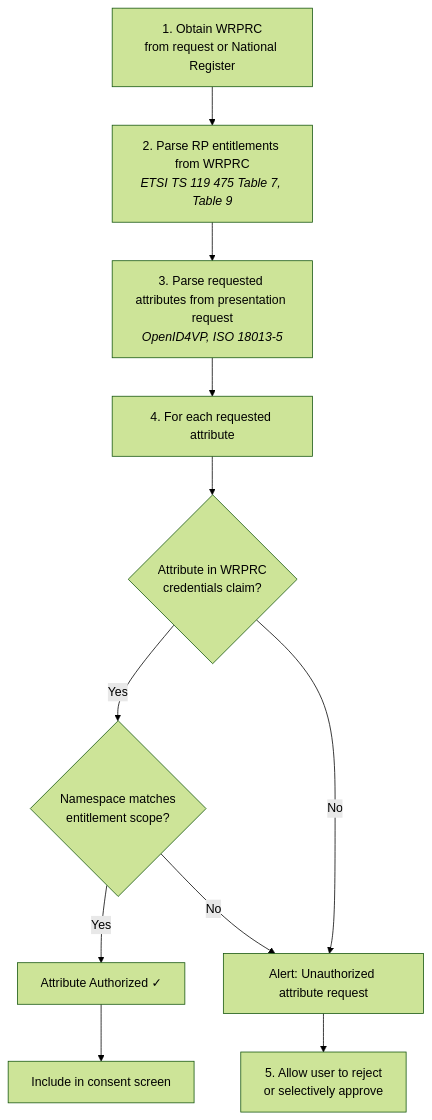
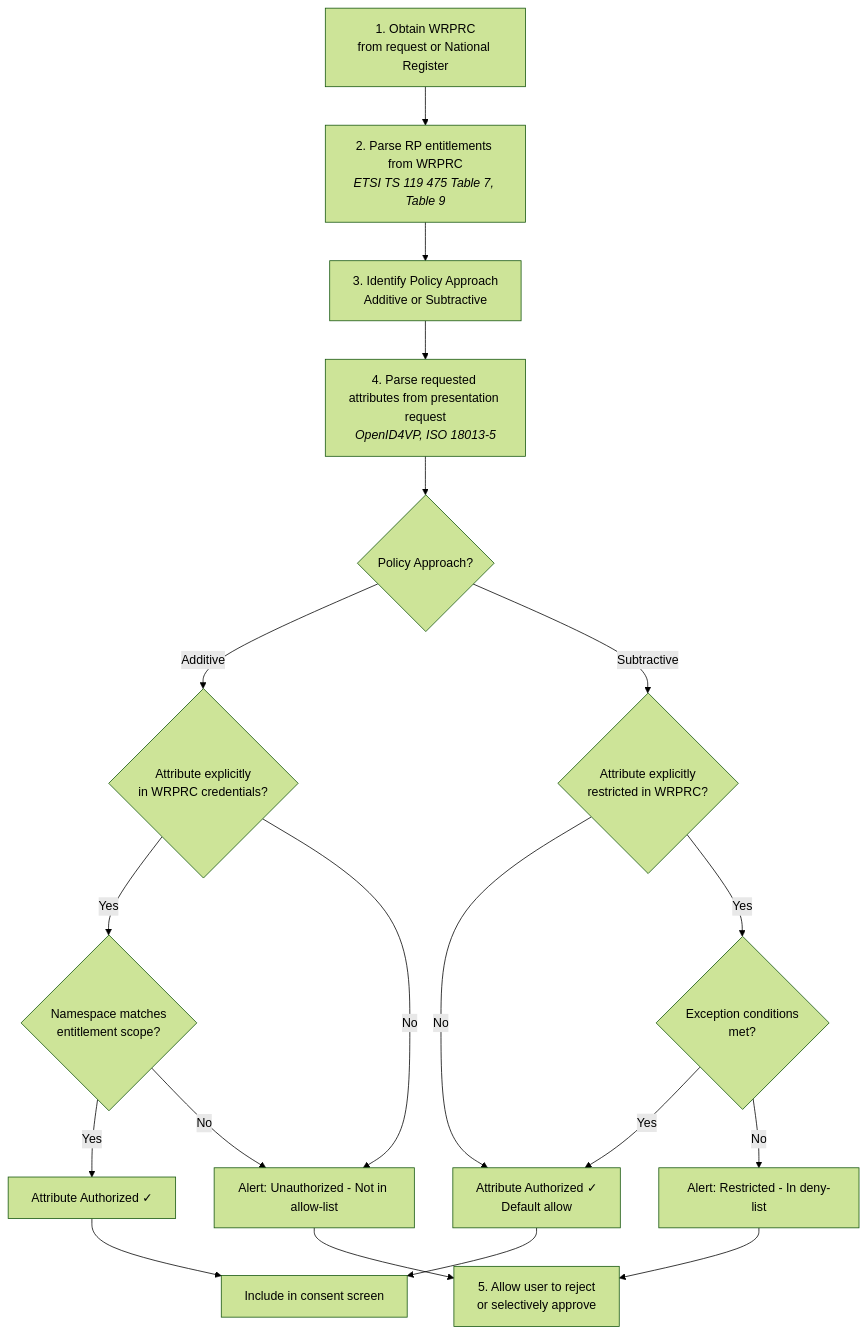
One commit to webuild-consortium/wp4-trust-group changed the tenth of 11 diagrams in task2-trust-framework/wallet-policy-discovery.md. Above: the diagram before and after it, drawn with Mermaid (forest theme). The commit also changed other lines of this file, not shown here.

Commit message:
fix: policy discovery updated according to ETSI TS 119 602 V1.1.1

````diff
--- a/task2-trust-framework/wallet-policy-discovery.md
+++ b/task2-trust-framework/wallet-policy-discovery.md
@@ -507,13 +593,24 @@
 ```mermaid
 flowchart TD
     A[1. Obtain WRPRC<br/>from request or National Register] --> B
     B[2. Parse RP entitlements from WRPRC<br/><i>ETSI TS 119 475 Table 7, Table 9</i>] --> C
-    C[3. Parse requested attributes from presentation request<br/><i>OpenID4VP, ISO 18013-5</i>] --> D
-    D[4. For each requested attribute] --> E{Attribute in WRPRC<br/>credentials claim?}
-    E -->|Yes| F{Namespace matches<br/>entitlement scope?}
-    E -->|No| G[Alert: Unauthorized attribute request]
-    F -->|Yes| H[Attribute Authorized ✓]
-    F -->|No| G
-    G --> I[5. Allow user to reject<br/>or selectively approve]
-    H --> J[Include in consent screen]
+    C[3. Identify Policy Approach<br/>Additive or Subtractive] --> D
+    D[4. Parse requested attributes from presentation request<br/><i>OpenID4VP, ISO 18013-5</i>] --> E{Policy Approach?}
+    
+    E -->|Additive| F{Attribute explicitly<br/>in WRPRC credentials?}
+    F -->|Yes| G{Namespace matches<br/>entitlement scope?}
+    F -->|No| H[Alert: Unauthorized - Not in allow-list]
+    G -->|Yes| I[Attribute Authorized ✓]
+    G -->|No| H
+    
+    E -->|Subtractive| J{Attribute explicitly<br/>restricted in WRPRC?}
+    J -->|No| K[Attribute Authorized ✓<br/>Default allow]
+    J -->|Yes| L{Exception conditions<br/>met?}
+    L -->|Yes| K
+    L -->|No| M[Alert: Restricted - In deny-list]
+    
+    H --> N[5. Allow user to reject<br/>or selectively approve]
+    M --> N
+    I --> O[Include in consent screen]
+    K --> O
 ```
````
